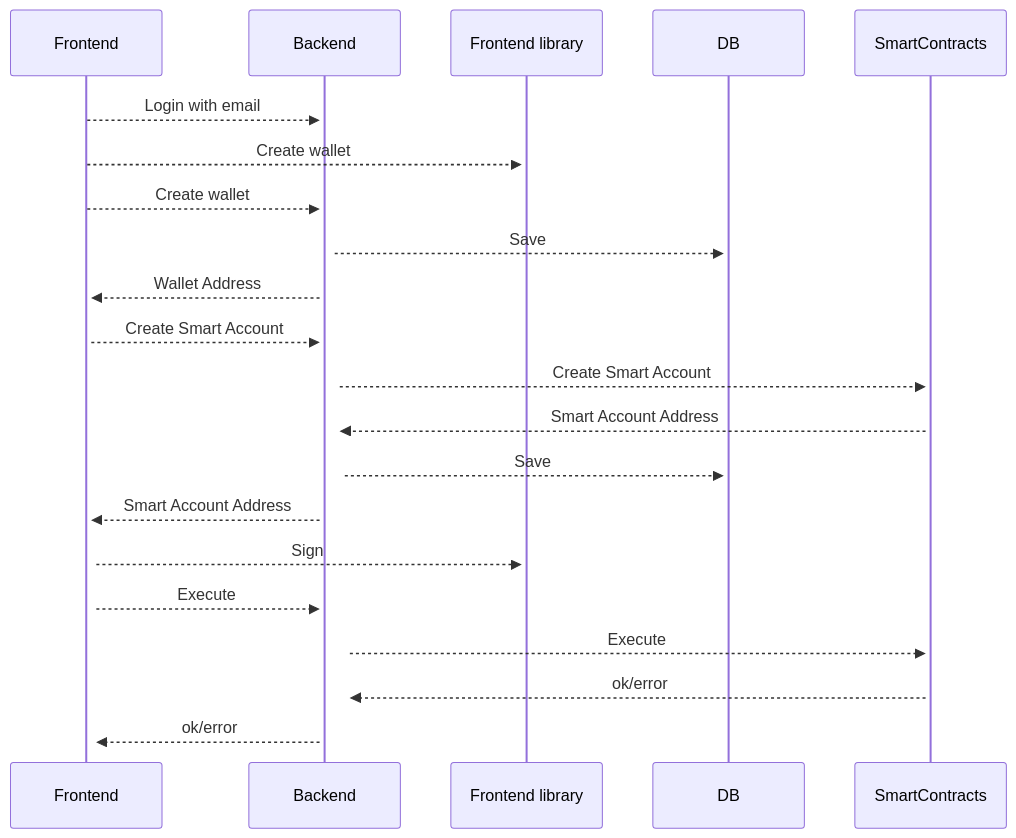
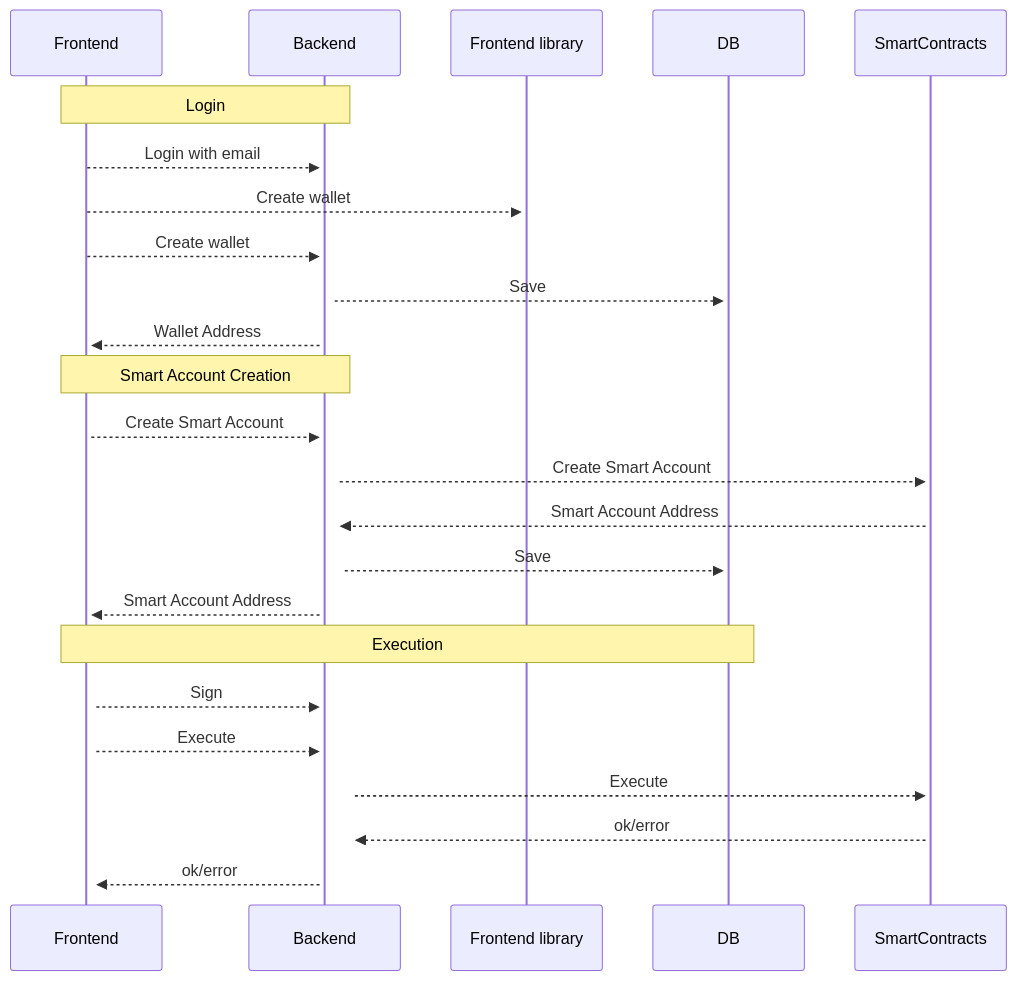
The third of 3 diagrams in packages/docs/research.md (wakeuplabs-io/superchain-accounts), drawn with Mermaid before and after one commit. The commit also changed other lines of this file and 2 other files, not shown here.

````diff
--- a/packages/docs/research.md
+++ b/packages/docs/research.md
@@ -120,20 +176,23 @@
 ```mermaid
 sequenceDiagram
+    Note over Frontend, Backend: Login
     Frontend-->>+ Backend: Login with email
     Frontend -->>+ Frontend library: Create wallet
     Frontend-->>+ Backend: Create wallet
     Backend -->>+ DB: Save
     Backend -->>+ Frontend: Wallet Address
 
+    Note over Frontend,Backend: Smart Account Creation
     Frontend -->>+ Backend: Create Smart Account
     Backend -->>+ SmartContracts: Create Smart Account
     SmartContracts -->>+ Backend: Smart Account Address
     Backend -->>+ DB: Save
     Backend -->>+ Frontend: Smart Account Address
 
-    Frontend -->>+ Frontend library: Sign
+    Note over Frontend,DB: Execution
+    Frontend-->>+ Backend: Sign
     Frontend -->>+ Backend: Execute
     Backend -->>+ SmartContracts: Execute
     SmartContracts -->>+ Backend: ok/error
     Backend -->>+ Frontend: ok/error
 ```
````
